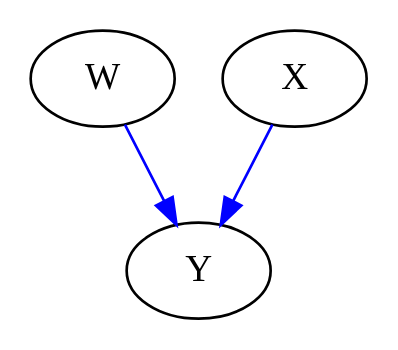
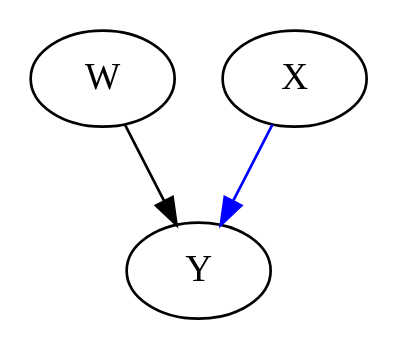
The third of 6 diagrams in report/1-introduction.qmd (davidpomerenke/protest-impact), drawn with Graphviz before and after one commit. The commit also changed other lines of this file and 26 other files, not shown here.

````diff
--- a/report/1-introduction.qmd
+++ b/report/1-introduction.qmd
@@ -199,10 +171,11 @@
 ```{dot}
 // | label: fig-causal-graph-reg
 // | fig-cap: Causal graph for regression.
 // | fig-width: 100px
 // | fig-height: 100px
 // | column: margin
 digraph D {
-  {W, X} -> {Y} [color=blue]
+  {W} -> {Y}
+  {X} -> {Y} [color=blue]
 }
 ```
````
